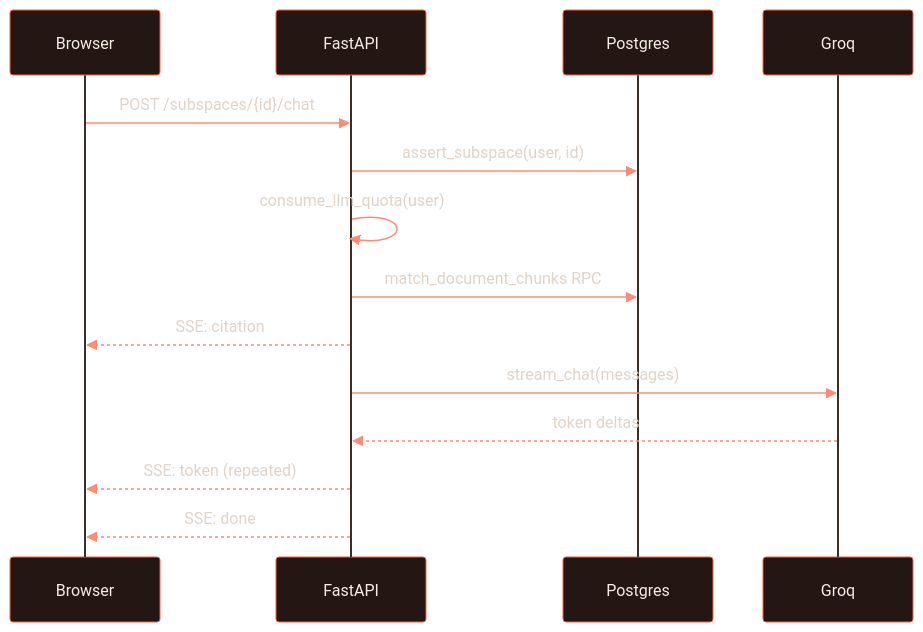
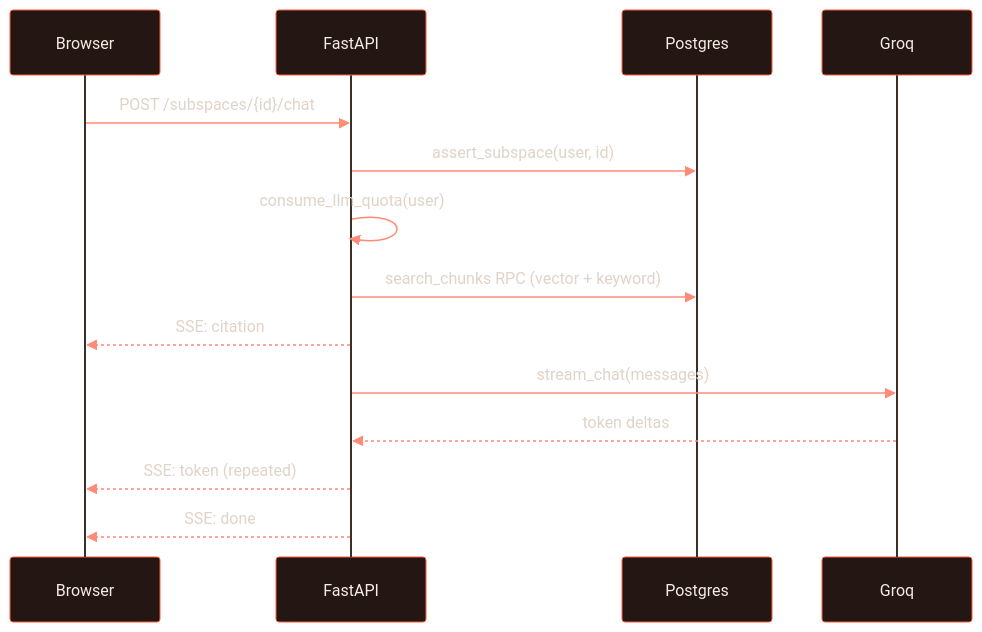
Before and after one commit to Abiram116/New-Space-Learn: the second of 2 diagrams in README.md, drawn with Mermaid. The commit also changed other lines of this file and 4 other files, not shown here.

````diff
--- a/README.md
+++ b/README.md
@@ -327,27 +327,27 @@
 ```mermaid
 %%{init: {'theme':'base', 'themeVariables': {
   'primaryColor': '#262119', 'primaryTextColor': '#f5ede4', 'primaryBorderColor': '#ff5a3c',
   'lineColor': '#ff8b76', 'background': '#1e1a17', 'mainBkg': '#262119',
   'actorBkg': '#241713', 'actorBorder': '#ff5a3c', 'actorTextColor': '#f5ede4',
   'actorLineColor': '#3b3028', 'signalColor': '#ff8b76', 'signalTextColor': '#e0d3c8',
   'labelBoxBkgColor': '#0e2f34', 'labelBoxBorderColor': '#35d6e8', 'labelTextColor': '#f5ede4',
   'noteBkgColor': '#34260c', 'noteBorderColor': '#ffc53d', 'noteTextColor': '#ffdd8f',
   'activationBkgColor': '#22320f', 'activationBorderColor': '#b8ff3c',
   'sequenceNumberColor': '#1e1a17', 'fontFamily': 'Courier New, monospace', 'fontSize': '13px'
 }}}%%
 sequenceDiagram
     participant U as Browser
     participant A as FastAPI
     participant D as Postgres
     participant G as Groq
 
     U->>A: POST /subspaces/{id}/chat
     A->>D: assert_subspace(user, id)
     A->>A: consume_llm_quota(user)
-    A->>D: match_document_chunks RPC
+    A->>D: search_chunks RPC (vector + keyword)
     A-->>U: SSE: citation
     A->>G: stream_chat(messages)
     G-->>A: token deltas
     A-->>U: SSE: token (repeated)
     A-->>U: SSE: done
 ```
````
